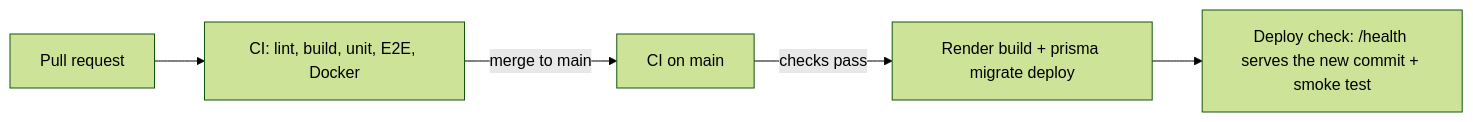
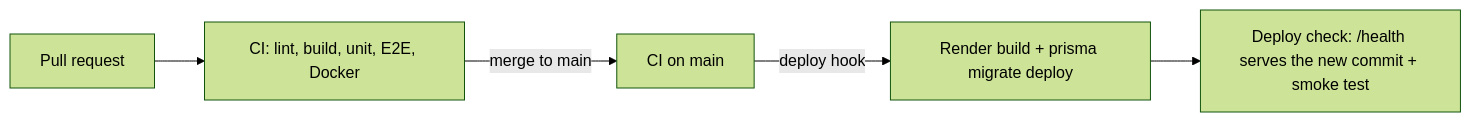
Before and after one commit to brunocmg/movie-catalog-api: the third of 3 diagrams in README.md, drawn with Mermaid (forest theme). The commit also changed other lines of this file and 2 other files, not shown here.

Commit message:
fea: add deploy job to CI workflow and update README for Render deployment process

````diff
--- a/README.md
+++ b/README.md
@@ -280,7 +280,7 @@
 ```mermaid
 flowchart LR
   PR[Pull request] --> CI[CI: lint, build, unit, E2E, Docker]
   CI -->|merge to main| CImain[CI on main]
-  CImain -->|checks pass| Render[Render build + prisma migrate deploy]
+  CImain -->|deploy hook| Render[Render build + prisma migrate deploy]
   Render --> Check[Deploy check: /health serves the new commit + smoke test]
 ```
````
